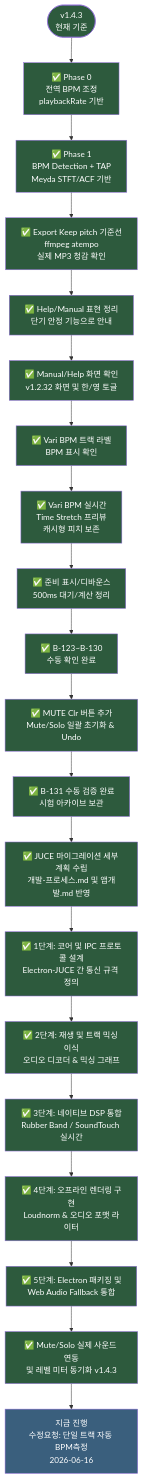
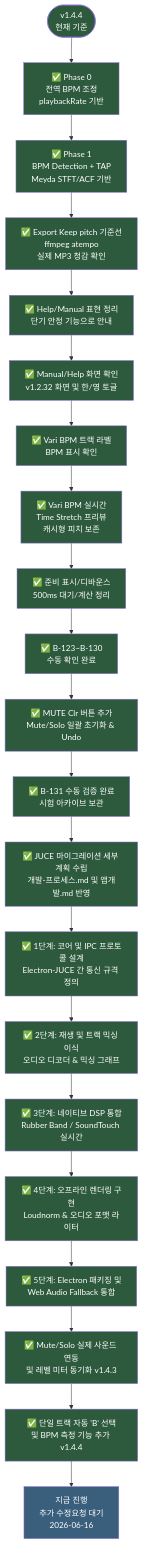
One commit to limsunglyong/FocusDAW-Studio changed the first of 5 diagrams in 개발-프로세스.md. Above: the diagram before and after it, drawn with Mermaid. The commit also changed other lines of this file and 10 other files, not shown here.

````diff
--- a/개발-프로세스.md
+++ b/개발-프로세스.md
@@ -13,50 +13,52 @@
 ```mermaid
 flowchart TD
-    START([v1.4.3<br/>현재 기준])
+    START([v1.4.4<br/>현재 기준])
 
     DONE0[✅ Phase 0<br/>전역 BPM 조정<br/>playbackRate 기반]
     DONE1[✅ Phase 1<br/>BPM Detection + TAP<br/>Meyda STFT/ACF 기반]
     DONE2[✅ Export Keep pitch 기준선<br/>ffmpeg atempo<br/>실제 MP3 청감 확인]
     DONE3[✅ Help/Manual 표현 정리<br/>단기 안정 기능으로 안내]
     DONE4[✅ Manual/Help 화면 확인<br/>v1.2.32 화면 및 한/영 토글]
     DONE5[✅ Vari BPM 트랙 라벨<br/>BPM 표시 확인]
     DONE6[✅ Vari BPM 실시간<br/>Time Stretch 프리뷰<br/>캐시형 피치 보존]
     DONE7[✅ 준비 표시/디바운스<br/>500ms 대기/계산 정리]
     DONE8[✅ B-123~B-130<br/>수동 확인 완료]
     DONE9[✅ MUTE Clr 버튼 추가<br/>Mute/Solo 일괄 초기화 & Undo]
     DONE10[✅ B-131 수동 검증 완료<br/>시험 아카이브 보관]
     
     JUCE_PLAN[✅ JUCE 마이그레이션 세부 계획 수립<br/>개발-프로세스.md 및 앱개발.md 반영]
     JUCE_IPC[✅ 1단계: 코어 및 IPC 프로토콜 설계<br/>Electron-JUCE 간 통신 규격 정의]
     JUCE_CORE[✅ 2단계: 재생 및 트랙 믹싱 이식<br/>오디오 디코더 & 믹싱 그래프]
     JUCE_DSP[✅ 3단계: 네이티브 DSP 통합<br/>Rubber Band / SoundTouch 실시간]
     JUCE_EXPORT[✅ 4단계: 오프라인 렌더링 구현<br/>Loudnorm & 오디오 포맷 라이터]
     JUCE_INTEG[✅ 5단계: Electron 패키징 및<br/>Web Audio Fallback 통합]
     
     DONE11[✅ Mute/Solo 실제 사운드 연동<br/>및 레벨 미터 동기화 v1.4.3]
+    DONE12[✅ 단일 트랙 자동 'B' 선택<br/>및 BPM 측정 기능 추가 v1.4.4]
     
-    NOW[지금 진행<br/>수정요청: 단일 트랙 자동 BPM측정<br/>2026-06-16]
+    NOW[지금 진행<br/>추가 수정요청 대기<br/>2026-06-16]
 
-    START --> DONE0 --> DONE1 --> DONE2 --> DONE3 --> DONE4 --> DONE5 --> DONE6 --> DONE7 --> DONE8 --> DONE9 --> DONE10 --> JUCE_PLAN --> JUCE_IPC --> JUCE_CORE --> JUCE_DSP --> JUCE_EXPORT --> JUCE_INTEG --> DONE11 --> NOW
+    START --> DONE0 --> DONE1 --> DONE2 --> DONE3 --> DONE4 --> DONE5 --> DONE6 --> DONE7 --> DONE8 --> DONE9 --> DONE10 --> JUCE_PLAN --> JUCE_IPC --> JUCE_CORE --> JUCE_DSP --> JUCE_EXPORT --> JUCE_INTEG --> DONE11 --> DONE12 --> NOW
 
     style START fill:#2d5a3d,color:#fff
     style DONE0 fill:#2d5a3d,color:#fff
     style DONE1 fill:#2d5a3d,color:#fff
     style DONE2 fill:#2d5a3d,color:#fff
     style DONE3 fill:#2d5a3d,color:#fff
     style DONE4 fill:#2d5a3d,color:#fff
     style DONE5 fill:#2d5a3d,color:#fff
     style DONE6 fill:#2d5a3d,color:#fff
     style DONE7 fill:#2d5a3d,color:#fff
     style DONE8 fill:#2d5a3d,color:#fff
     style DONE9 fill:#2d5a3d,color:#fff
     style DONE10 fill:#2d5a3d,color:#fff
     style JUCE_PLAN fill:#2d5a3d,color:#fff
     style JUCE_IPC fill:#2d5a3d,color:#fff
     style JUCE_CORE fill:#2d5a3d,color:#fff
     style JUCE_DSP fill:#2d5a3d,color:#fff
     style JUCE_EXPORT fill:#2d5a3d,color:#fff
     style JUCE_INTEG fill:#2d5a3d,color:#fff
     style DONE11 fill:#2d5a3d,color:#fff
+    style DONE12 fill:#2d5a3d,color:#fff
     style NOW fill:#3a5f7d,color:#fff
 ```
````
